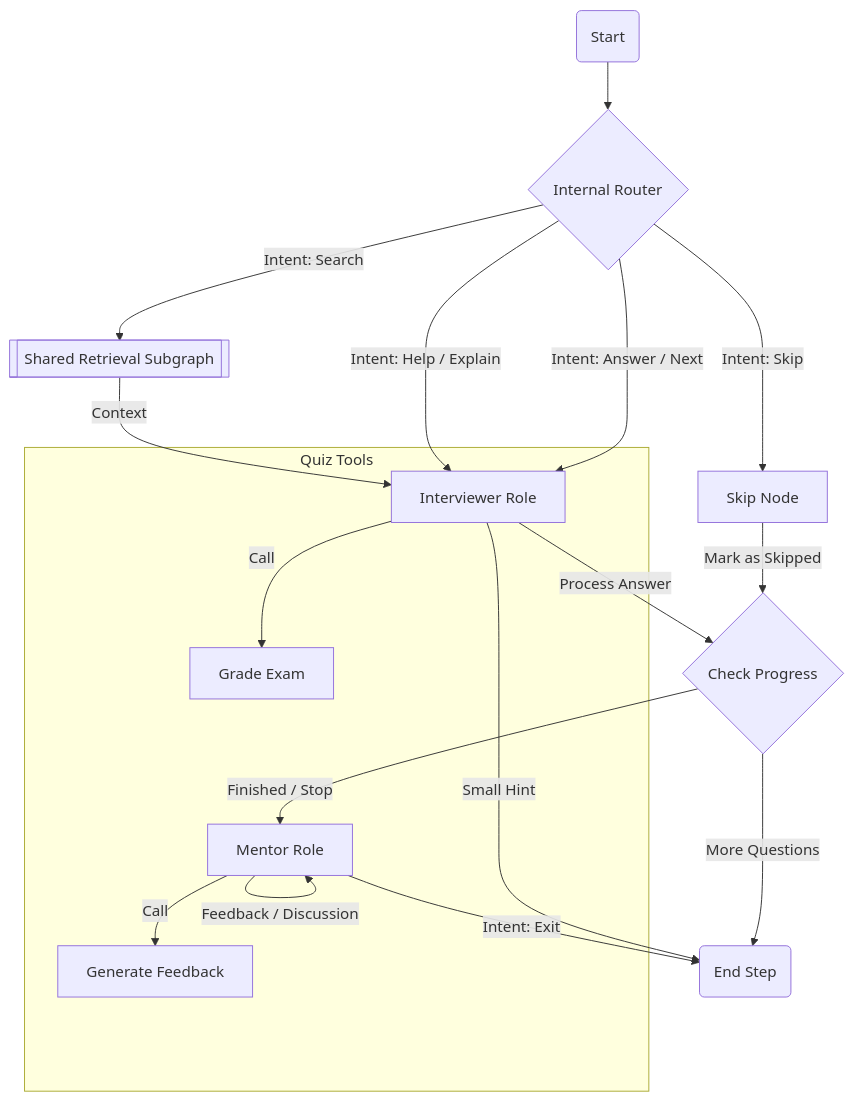
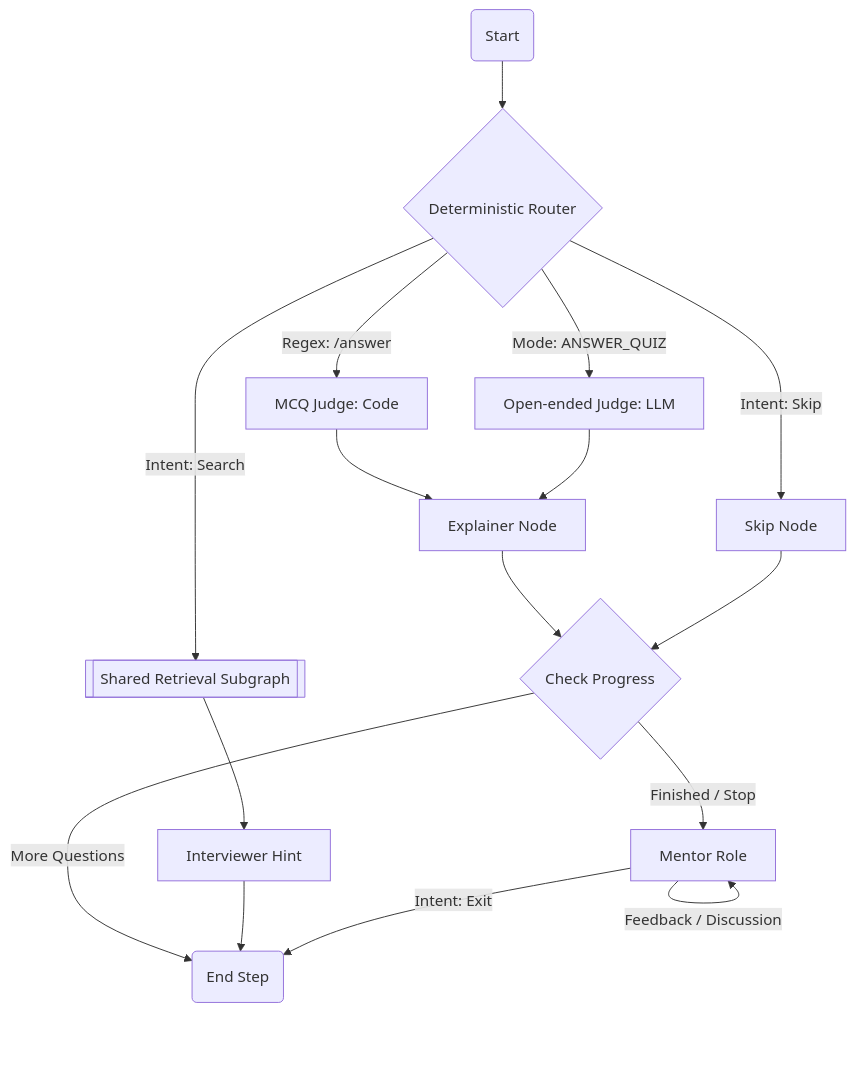
The fourth of 5 diagrams in docs/agent_documentation.md (Lifelong-Learning-Assisttant/agent_service), drawn with Mermaid before and after one commit. The commit also changed other lines of this file and 19 other files, not shown here.

````diff
--- a/docs/agent_documentation.md
+++ b/docs/agent_documentation.md
@@ -107,26 +107,24 @@
 ```mermaid
 graph TD
-    Q_Start(Start) --> Q_Router{Internal Router}
+    Q_Start(Start) --> Q_Router{Deterministic Router}
     
-    Q_Router --"Intent: Answer / Next"--> Q_Interviewer[Interviewer Role]
-    Q_Router --"Intent: Help / Explain"--> Q_Interviewer
+    Q_Router --"Regex: /answer"--> Q_MCQ[MCQ Judge: Code]
+    Q_Router --"Mode: ANSWER_QUIZ"--> Q_Open[Open-ended Judge: LLM]
     Q_Router --"Intent: Skip"--> Q_Skip[Skip Node]
     Q_Router --"Intent: Search"--> Q_Search[[Shared Retrieval Subgraph]]
     
-    Q_Interviewer --"Process Answer"--> Q_Check{Check Progress}
-    Q_Interviewer --"Small Hint"--> Q_End(End Step)
+    Q_MCQ --> Q_Explain[Explainer Node]
+    Q_Open --> Q_Explain
     
-    Q_Skip --"Mark as Skipped"--> Q_Check
+    Q_Search --> Q_Hint[Interviewer Hint]
     
-    Q_Check --"More Questions"--> Q_End
+    Q_Explain --> Q_Check{Check Progress}
+    Q_Skip --> Q_Check
+    
+    Q_Check --"More Questions"--> Q_End(End Step)
     Q_Check --"Finished / Stop"--> Q_Mentor[Mentor Role]
     
-    Q_Search --"Context"--> Q_Interviewer
+    Q_Hint --> Q_End
     Q_Mentor --"Feedback / Discussion"--> Q_Mentor
     Q_Mentor --"Intent: Exit"--> Q_End
-    
-    subgraph "Quiz Tools"
-        Q_Interviewer --"Call"--> Tool_Grade[Grade Exam]
-        Q_Mentor --"Call"--> Tool_Gen[Generate Feedback]
-    end
 ```
````
